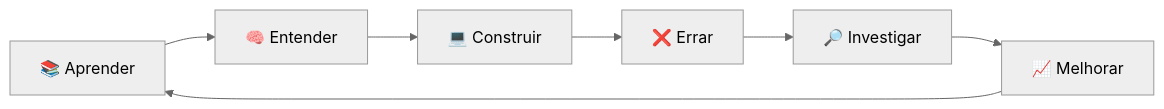
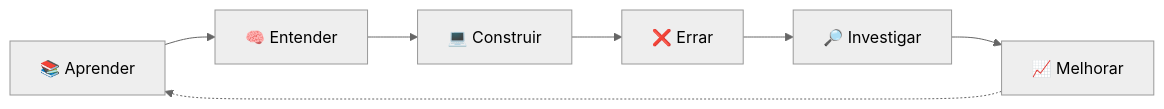
Before and after one commit to gabriel-d3v/gabrield3v: the diagram in README.md, drawn with Mermaid (neutral theme). The commit also changed other lines of this file, not shown here.

````diff
--- a/README.md
+++ b/README.md
@@ -148,9 +117,9 @@
 ```mermaid
 flowchart LR
     A[📚 Aprender] --> B[🧠 Entender]
     B --> C[💻 Construir]
     C --> D[❌ Errar]
     D --> E[🔎 Investigar]
     E --> F[📈 Melhorar]
-    F --> A
+    F -.-> A
 ```
````
